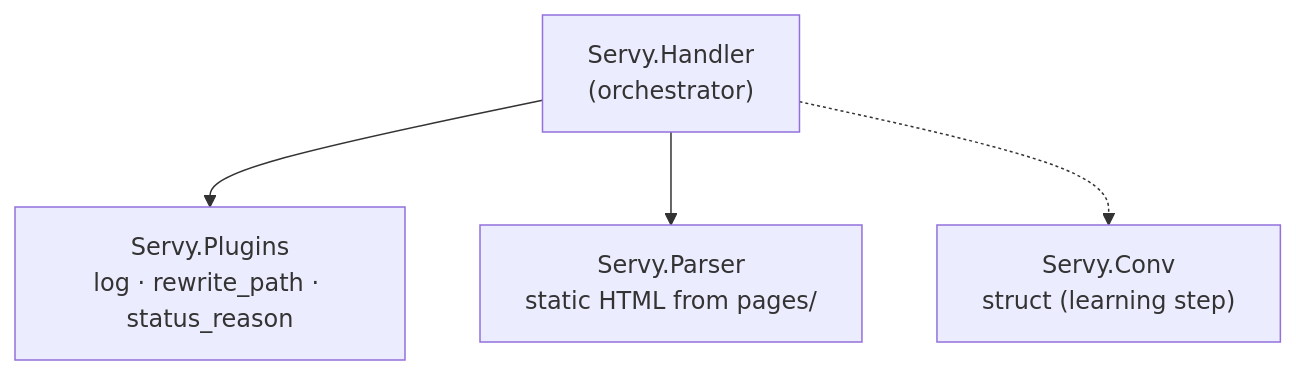
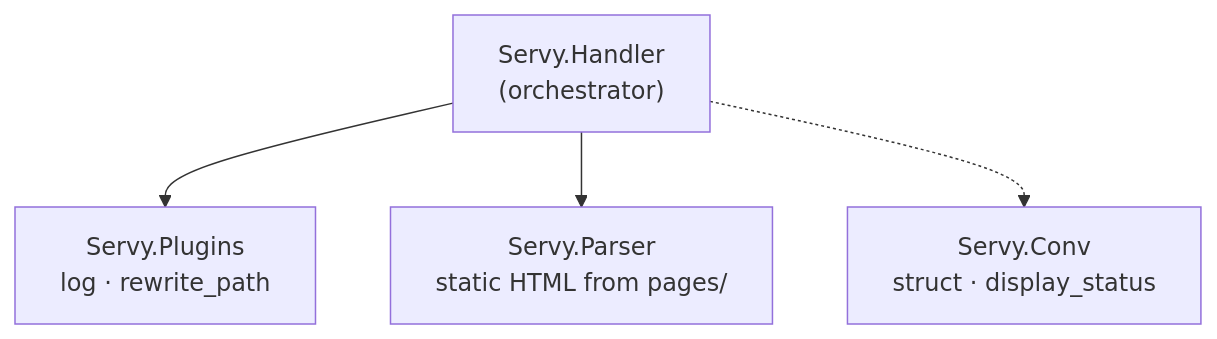
Before and after one commit to igmarin/learning-elixir-servy: the second of 3 diagrams in README.md, drawn with Mermaid. The commit also changed other lines of this file and 4 other files, not shown here.

````diff
--- a/README.md
+++ b/README.md
@@ -29,12 +29,11 @@
 ```mermaid
 flowchart TB
     Handler["Servy.Handler\n(orchestrator)"]
-    Conv["Servy.Conv\nConv · display_status"]
-    Plugins["Servy.Plugins\nlog · rewrite_path · status_reason"]
+    Conv["Servy.Conv\nstruct · display_status"]
+    Plugins["Servy.Plugins\nlog · rewrite_path"]
     Parser["Servy.Parser\nstatic HTML from pages/"]
-    Conv["Servy.Conv\nstruct (learning step)"]
 
     Handler --> Plugins
     Handler --> Parser
     Handler -.-> Conv
 ```
````
